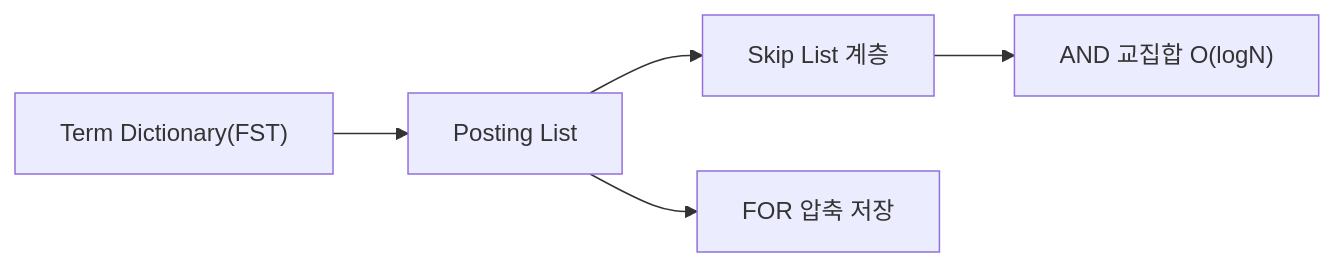
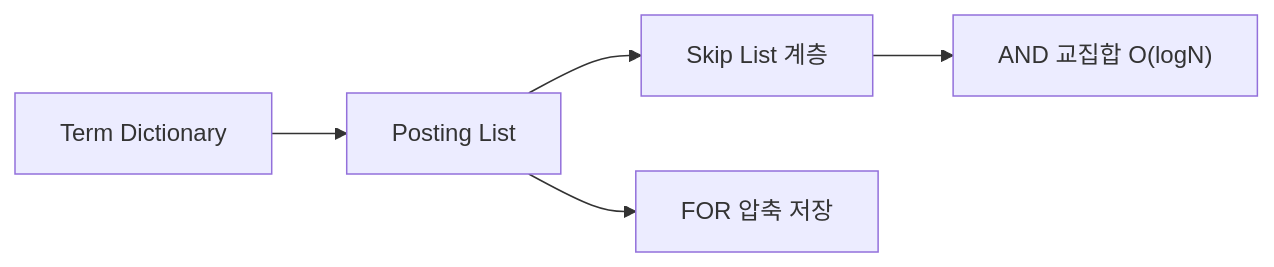
Before and after one commit to yjkim2015/yjkim2015.github.io: the first of 6 diagrams in _posts/nosql/2026-05-03-elasticsearch-deep.md, drawn with Mermaid. The commit also changed other lines of this file and 245 other files, not shown here.

First line of the commit message:
Mermaid 다이어그램 전면 수정 + 면접 포인트 접기/펼치기 + DB 데드락 페이지

````diff
--- a/_posts/nosql/2026-05-03-elasticsearch-deep.md
+++ b/_posts/nosql/2026-05-03-elasticsearch-deep.md
@@ -44,7 +44,7 @@
 ```mermaid
 graph LR
-    TERM["Term Dictionary(FST)"] --> PL["Posting List"]
+    TERM["Term Dictionary"] --> PL["Posting List"]
     PL --> SKIP["Skip List 계층"]
     PL --> FOR["FOR 압축 저장"]
     SKIP --> INTER["AND 교집합 O(logN)"]
 ```
````
